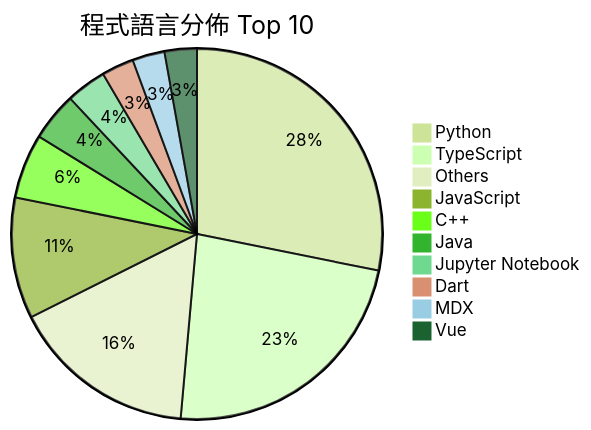
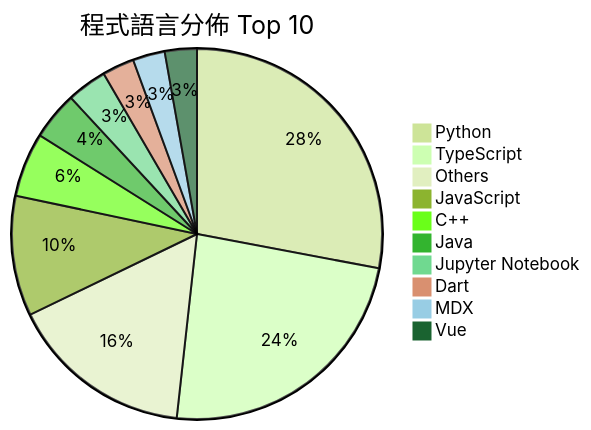
Before and after one commit to Andy87877/GitHub-Star-Manager: the second of 2 diagrams in README.md, drawn with Mermaid (forest theme). The commit also changed other lines of this file and 3 other files, not shown here.

````diff
--- a/README.md
+++ b/README.md
@@ -27,13 +27,13 @@
 ```mermaid
 pie title 程式語言分佈 Top 10
     "Python" : 40
-    "TypeScript" : 33
+    "TypeScript" : 34
     "Others" : 23
     "JavaScript" : 15
     "C++" : 8
     "Java" : 6
     "Jupyter Notebook" : 5
     "Dart" : 4
     "MDX" : 4
     "Vue" : 4
 ```
````
